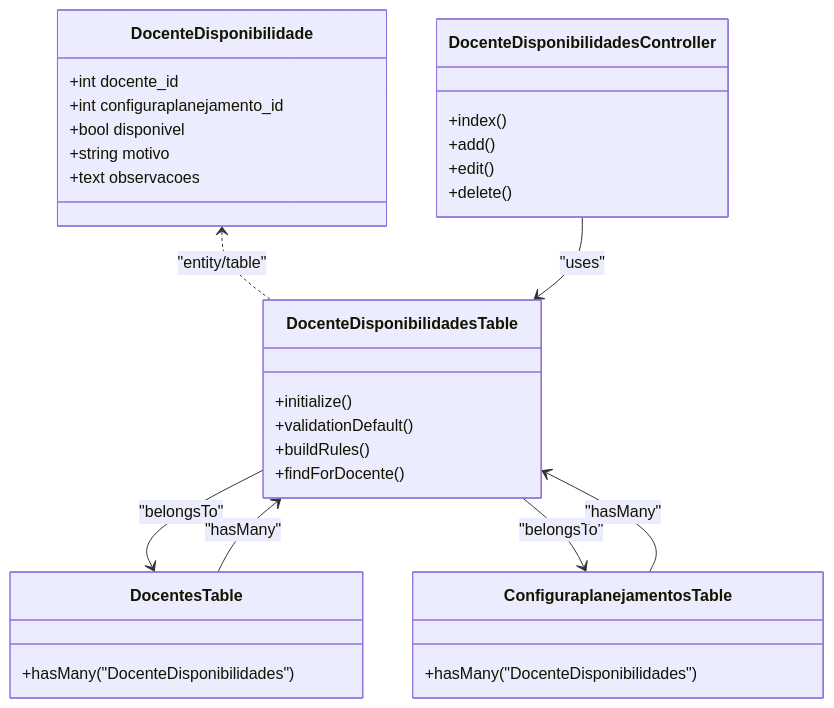
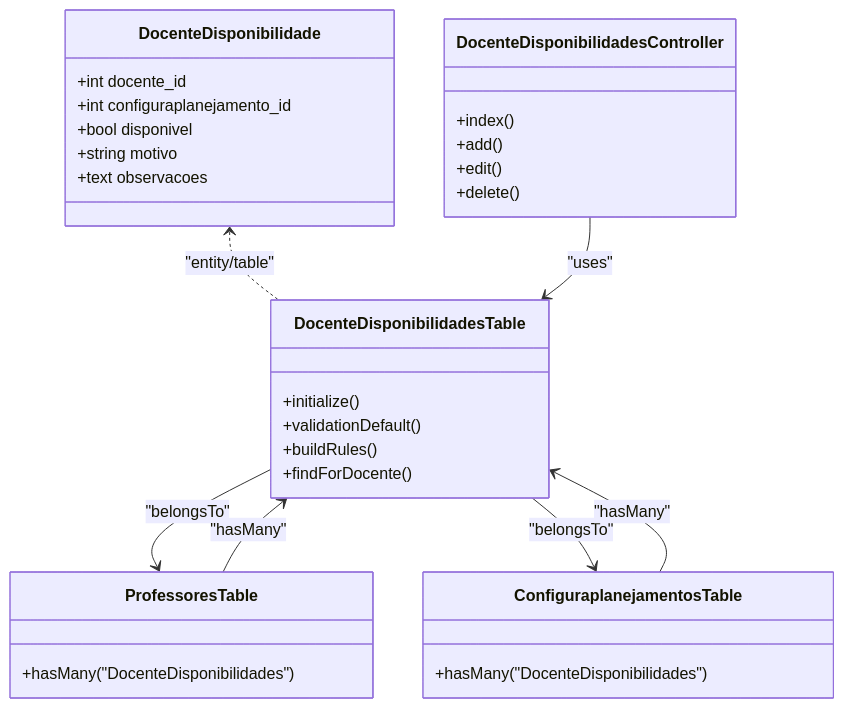
One commit to luiseduacosta/planejamento5 changed the eighth of 8 diagrams in .qoder/repowiki/en/content/Core Features/Faculty Management/Faculty Availability Management.md. Above: the diagram before and after it, drawn with Mermaid. The commit also changed other lines of this file and 37 other files, not shown here.

Commit message:
repowiki: rename Docentes → Professores in metadata

````diff
--- a/.qoder/repowiki/en/content/Core Features/Faculty Management/Faculty Availability Management.md
+++ b/.qoder/repowiki/en/content/Core Features/Faculty Management/Faculty Availability Management.md
@@ -302,34 +302,34 @@
 ```mermaid
 classDiagram
 class DocenteDisponibilidade {
 +int docente_id
 +int configuraplanejamento_id
 +bool disponivel
 +string motivo
 +text observacoes
 }
 class DocenteDisponibilidadesTable {
 +initialize()
 +validationDefault()
 +buildRules()
 +findForDocente()
 }
-class DocentesTable {
+class ProfessoresTable {
 +hasMany("DocenteDisponibilidades")
 }
 class ConfiguraplanejamentosTable {
 +hasMany("DocenteDisponibilidades")
 }
 class DocenteDisponibilidadesController {
 +index()
 +add()
 +edit()
 +delete()
 }
 DocenteDisponibilidade <.. DocenteDisponibilidadesTable : "entity/table"
-DocenteDisponibilidadesTable --> DocentesTable : "belongsTo"
+DocenteDisponibilidadesTable --> ProfessoresTable : "belongsTo"
 DocenteDisponibilidadesTable --> ConfiguraplanejamentosTable : "belongsTo"
-DocentesTable --> DocenteDisponibilidadesTable : "hasMany"
+ProfessoresTable --> DocenteDisponibilidadesTable : "hasMany"
 ConfiguraplanejamentosTable --> DocenteDisponibilidadesTable : "hasMany"
 DocenteDisponibilidadesController --> DocenteDisponibilidadesTable : "uses"
 ```
````
